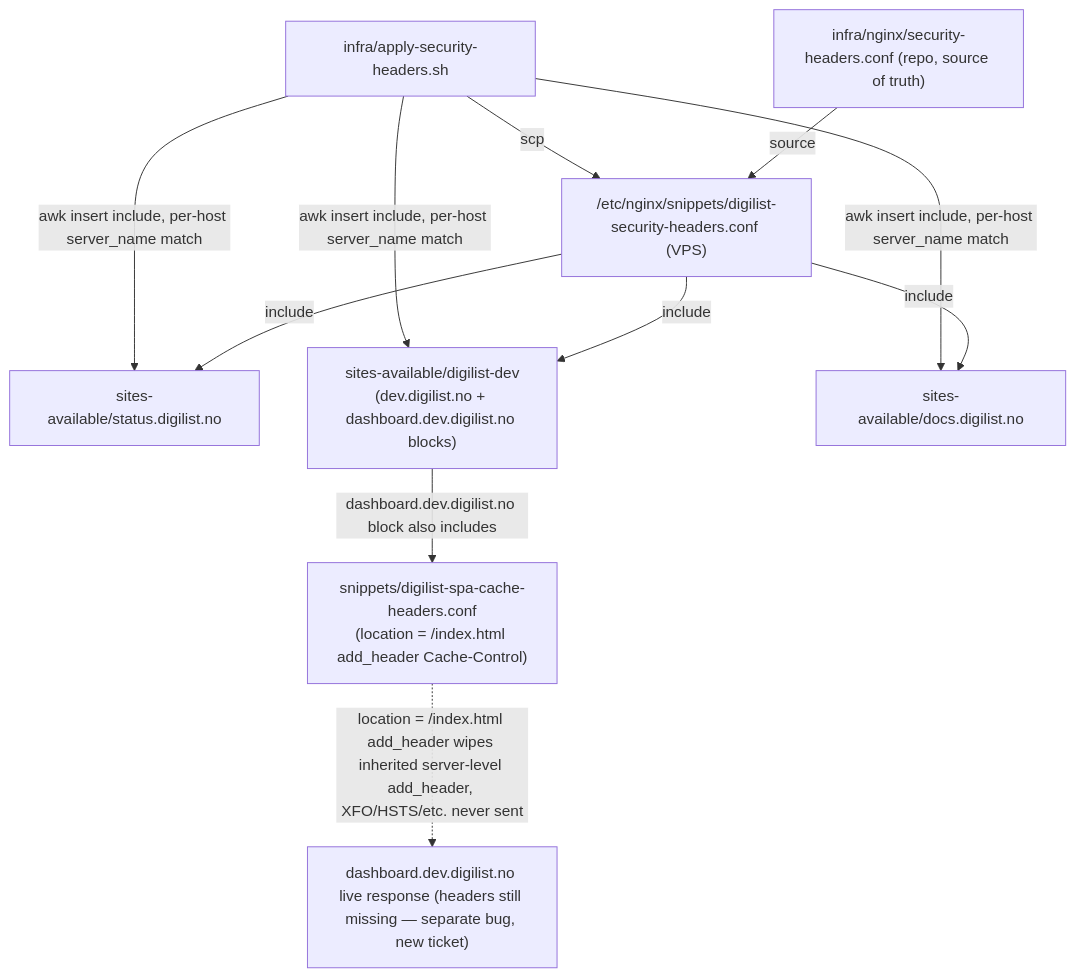
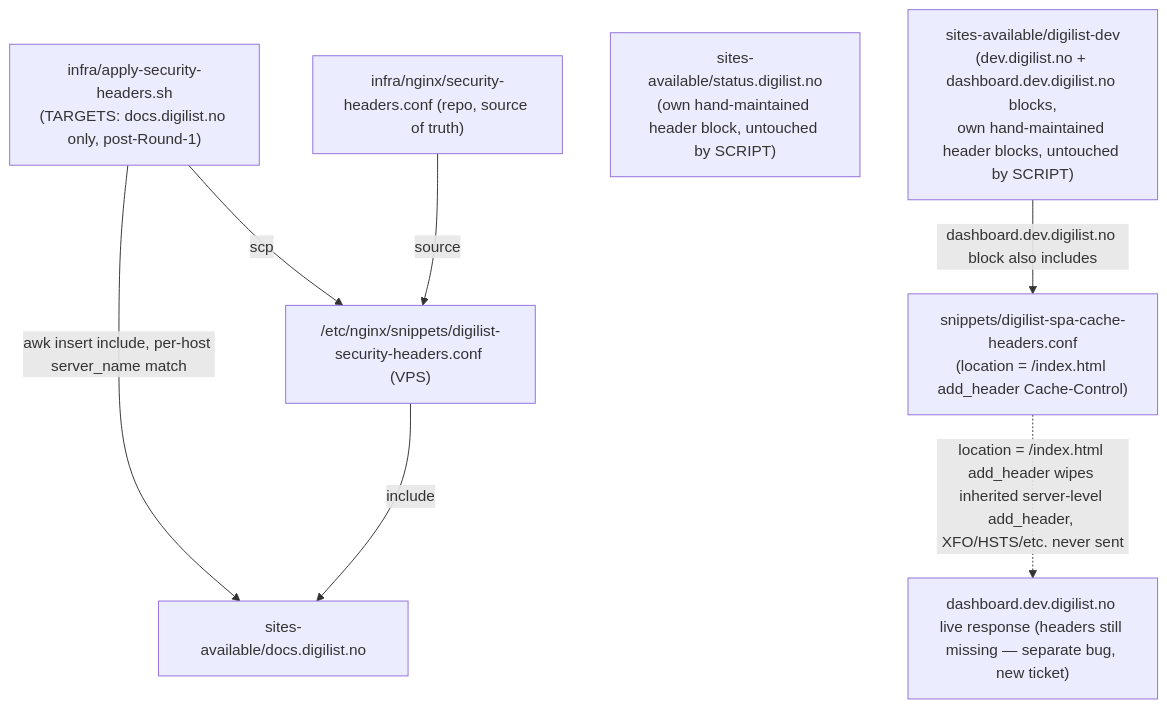
Before and after one commit to Xala-Technologies/booking-brilliance: the diagram in .agent/XAL-1110/SPEC.md, drawn with Mermaid. The commit also changed other lines of this file and 1 other file, not shown here.

First line of the commit message:
review(XAL-1110): round 4 (scope) — sync SPEC.md with Round 1's shipped fix

````diff
--- a/.agent/XAL-1110/SPEC.md
+++ b/.agent/XAL-1110/SPEC.md
@@ -135,21 +161,17 @@
 ```mermaid
 graph TD
-  SCRIPT["infra/apply-security-headers.sh"]
+  SCRIPT["infra/apply-security-headers.sh\n(TARGETS: docs.digilist.no only, post-Round-1)"]
   SNIPPET["infra/nginx/security-headers.conf (repo, source of truth)"]
   REMOTE_SNIPPET["/etc/nginx/snippets/digilist-security-headers.conf (VPS)"]
-  STATUS["sites-available/status.digilist.no"]
-  DEVFILE["sites-available/digilist-dev\n(dev.digilist.no + dashboard.dev.digilist.no blocks)"]
+  STATUS["sites-available/status.digilist.no\n(own hand-maintained header block, untouched by SCRIPT)"]
+  DEVFILE["sites-available/digilist-dev\n(dev.digilist.no + dashboard.dev.digilist.no blocks,\nown hand-maintained header blocks, untouched by SCRIPT)"]
   DOCS["sites-available/docs.digilist.no"]
   SPACACHE["snippets/digilist-spa-cache-headers.conf\n(location = /index.html add_header Cache-Control)"]
 
   SCRIPT -->|scp| REMOTE_SNIPPET
   SNIPPET -->|source| REMOTE_SNIPPET
-  SCRIPT -->|awk insert include, per-host server_name match| STATUS
-  SCRIPT -->|awk insert include, per-host server_name match| DEVFILE
   SCRIPT -->|awk insert include, per-host server_name match| DOCS
-  REMOTE_SNIPPET -->|include| STATUS
-  REMOTE_SNIPPET -->|include| DEVFILE
   REMOTE_SNIPPET -->|include| DOCS
   DEVFILE -->|dashboard.dev.digilist.no block also includes| SPACACHE
   SPACACHE -.->|location = /index.html add_header wipes inherited server-level add_header, XFO/HSTS/etc. never sent| DASHBOARD_LIVE["dashboard.dev.digilist.no live response (headers still missing — separate bug, new ticket)"]
 ```
````
